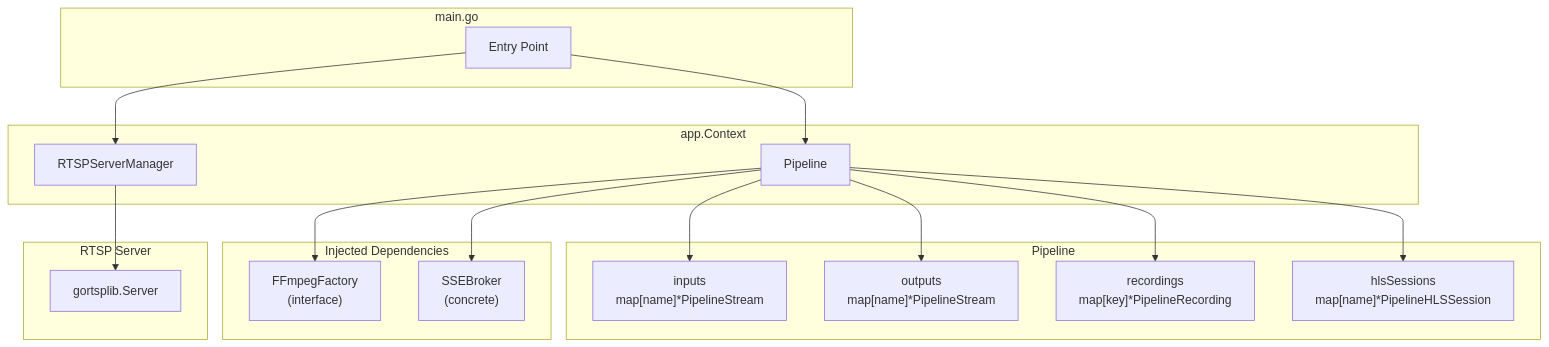
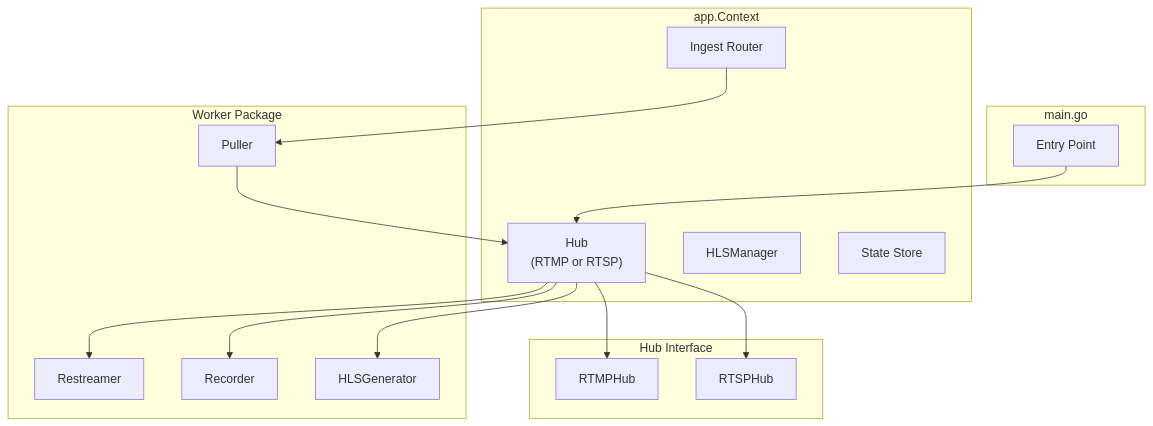
Before and after one commit to krsna1729/go-mls: the first of 5 diagrams in docs/architecture.md, drawn with Mermaid. The commit also changed other lines of this file and 1 other file, not shown here.

First line of the commit message:
docs: Update architecture and configuration docs

````diff
--- a/docs/architecture.md
+++ b/docs/architecture.md
@@ -22,37 +19,34 @@
 ```mermaid
 flowchart TB
     subgraph main["main.go"]
         A["Entry Point"]
     end
     
     subgraph app["app.Context"]
-        B["Pipeline"]
-        C["RTSPServerManager"]
+        B["Hub<br/>(RTMP or RTSP)"]
+        C["Ingest Router"]
+        D["HLSManager"]
+        E["State Store"]
     end
     
-    subgraph pipeline["Pipeline"]
-        D["inputs<br/>map[name]*PipelineStream"]
-        E["outputs<br/>map[name]*PipelineStream"]
-        F["recordings<br/>map[key]*PipelineRecording"]
-        G["hlsSessions<br/>map[name]*PipelineHLSSession"]
+    subgraph hub["Hub Interface"]
+        F["RTMPHub"]
+        G["RTSPHub"]
     end
     
-    subgraph external["Injected Dependencies"]
-        H["FFmpegFactory<br/>(interface)"]
-        I["SSEBroker<br/>(concrete)"]
-    end
-    
-    subgraph rtsp["RTSP Server"]
-        J["gortsplib.Server"]
+    subgraph workers["Worker Package"]
+        H["Puller"]
+        I["Restreamer"]
+        J["Recorder"]
+        K["HLSGenerator"]
     end
     
     A --> B
-    A --> C
-    B --> D
-    B --> E
     B --> F
     B --> G
-    B --> H
+    C --> H
+    H --> B
     B --> I
-    C --> J
+    B --> J
+    B --> K
 ```
````
